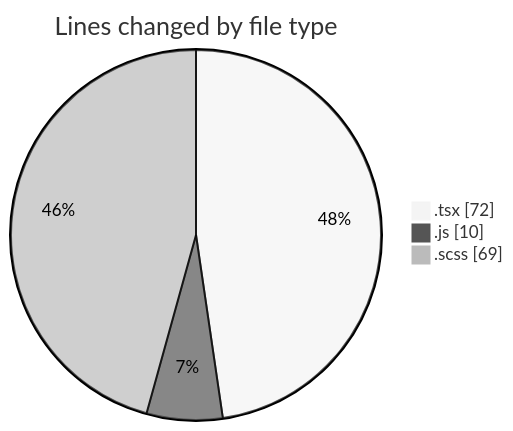
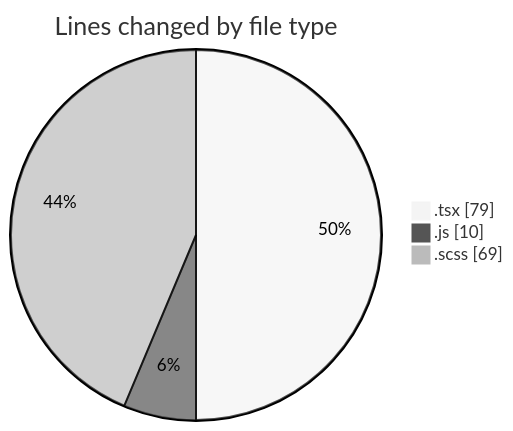
The first of 2 diagrams in 2026-08-25/cda/README.md (momahboobian/code-tracking), drawn with Mermaid (neutral theme) before and after one commit. The commit also changed other lines of this file and 1 other file, not shown here.

````diff
--- a/2026-08-25/cda/README.md
+++ b/2026-08-25/cda/README.md
@@ -25,7 +25,7 @@
 ```mermaid
 pie showData
 title Lines changed by file type
-".tsx" : 72
+".tsx" : 79
 ".js" : 10
 ".scss" : 69
 ```
````
